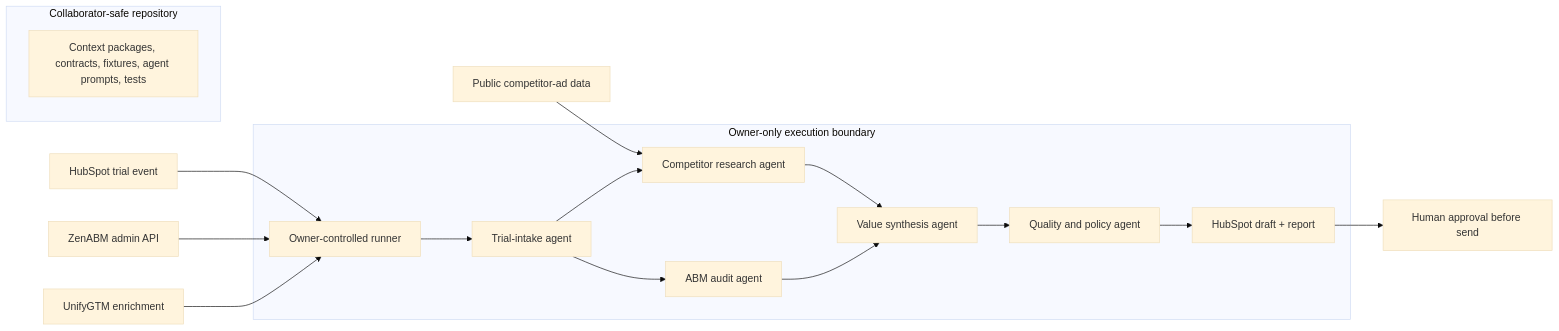
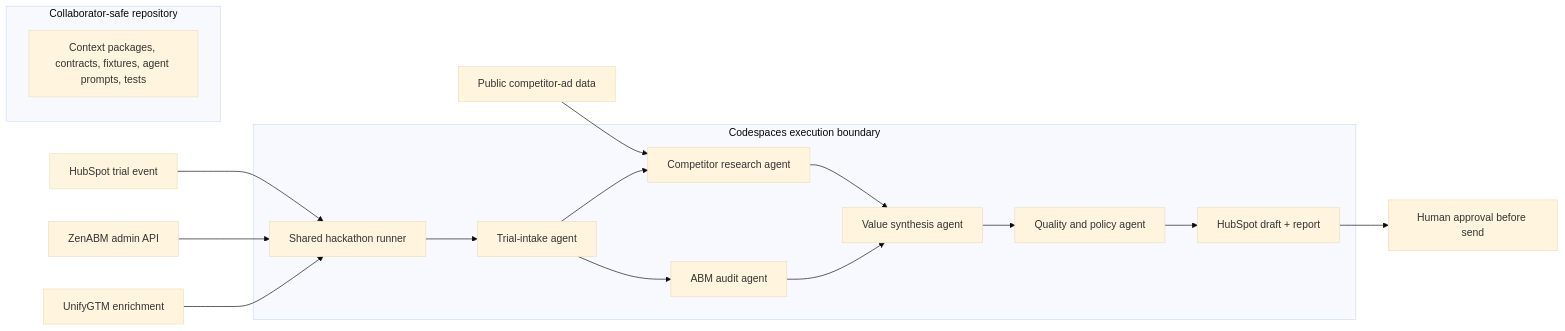
Before and after one commit to MilesatAshvantAnand/gtmhack2: the diagram in docs/ARCHITECTURE.md, drawn with Mermaid (base theme). The commit also changed other lines of this file and 31 other files, not shown here.

````diff
--- a/docs/ARCHITECTURE.md
+++ b/docs/ARCHITECTURE.md
@@ -9,29 +9,29 @@
 ```mermaid
 flowchart LR
-  H["HubSpot trial event"] --> O["Owner-controlled runner"]
+  H["HubSpot trial event"] --> O["Shared hackathon runner"]
   Z["ZenABM admin API"] --> O
   U["UnifyGTM enrichment"] --> O
   C["Public competitor-ad data"] --> R["Competitor research agent"]
   O --> I["Trial-intake agent"]
   I --> A["ABM audit agent"]
   I --> R
   R --> S["Value synthesis agent"]
   A --> S
   S --> Q["Quality and policy agent"]
   Q --> D["HubSpot draft + report"]
   D --> P["Human approval before send"]
 
   subgraph "Collaborator-safe repository"
     X["Context packages, contracts, fixtures, agent prompts, tests"]
   end
 
-  subgraph "Owner-only execution boundary"
+  subgraph "Codespaces execution boundary"
     O
     I
     A
     R
     S
     Q
     D
   end
 ```
````
